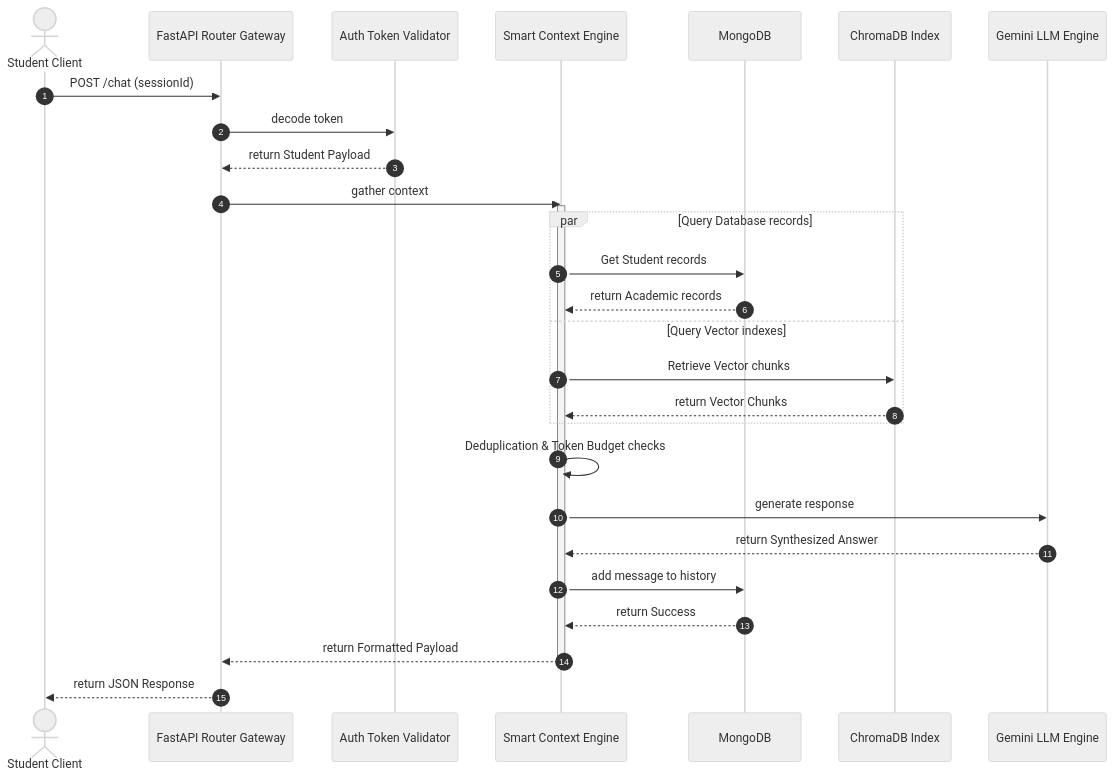
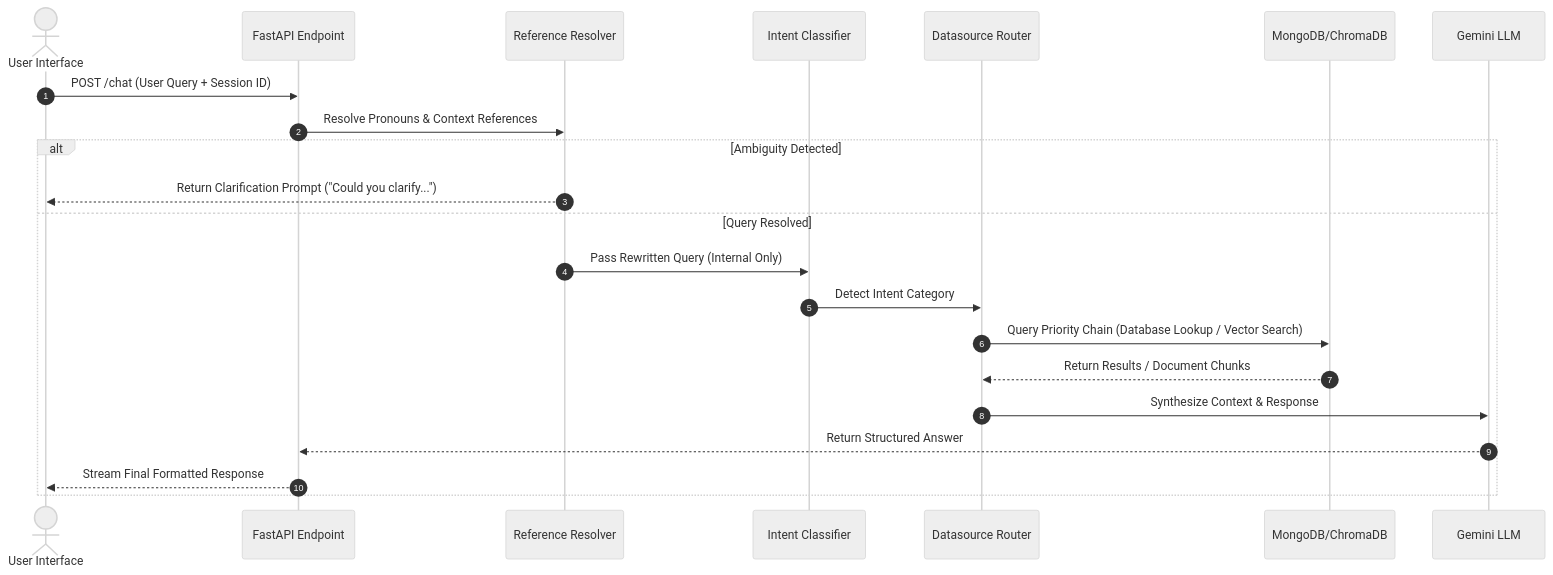
Before and after one commit to Anugrahbhuinya/BITAtlas: the second of 6 diagrams in README.md, drawn with Mermaid (neutral theme). The commit also changed other lines of this file and 78 other files, not shown here.

````diff
--- a/README.md
+++ b/README.md
@@ -141,38 +124,25 @@
 ```mermaid
 sequenceDiagram
     autonumber
-    actor Client as Student Client
-    participant Router as FastAPI Router Gateway
-    participant Auth as Auth Token Validator
-    participant Context as Smart Context Engine
-    participant DB as MongoDB
-    participant Chroma as ChromaDB Index
-    participant Gemini as Gemini LLM Engine
+    actor Client as User Interface
+    participant Gateway as FastAPI Endpoint
+    participant Resolver as Reference Resolver
+    participant Intent as Intent Classifier
+    participant Router as Datasource Router
+    participant DB as MongoDB/ChromaDB
+    participant Gemini as Gemini LLM
 
-    Client->>Router: POST /chat (sessionId)
-    Router->>Auth: decode token
-    Auth-->>Router: return Student Payload
-    
-    Router->>Context: gather context
-    activate Context
-    
-    par Query Database records
-        Context->>DB: Get Student records
-        DB-->>Context: return Academic records
-    and Query Vector indexes
-        Context->>Chroma: Retrieve Vector chunks
-        Chroma-->>Context: return Vector Chunks
+    Client->>Gateway: POST /chat (User Query + Session ID)
+    Gateway->>Resolver: Resolve Pronouns & Context References
+    alt Ambiguity Detected
+        Resolver-->>Client: Return Clarification Prompt ("Could you clarify...")
+    else Query Resolved
+        Resolver->>Intent: Pass Rewritten Query (Internal Only)
+        Intent->>Router: Detect Intent Category
+        Router->>DB: Query Priority Chain (Database Lookup / Vector Search)
+        DB-->>Router: Return Results / Document Chunks
+        Router->>Gemini: Synthesize Context & Response
+        Gemini-->>Gateway: Return Structured Answer
+        Gateway-->>Client: Stream Final Formatted Response
     end
-    
-    Context->>Context: Deduplication & Token Budget checks
-    Context->>Gemini: generate response
-    Gemini-->>Context: return Synthesized Answer
-    
-    Context->>DB: add message to history
-    DB-->>Context: return Success
-    
-    Context-->>Router: return Formatted Payload
-    deactivate Context
-    
-    Router-->>Client: return JSON Response
 ```
````
